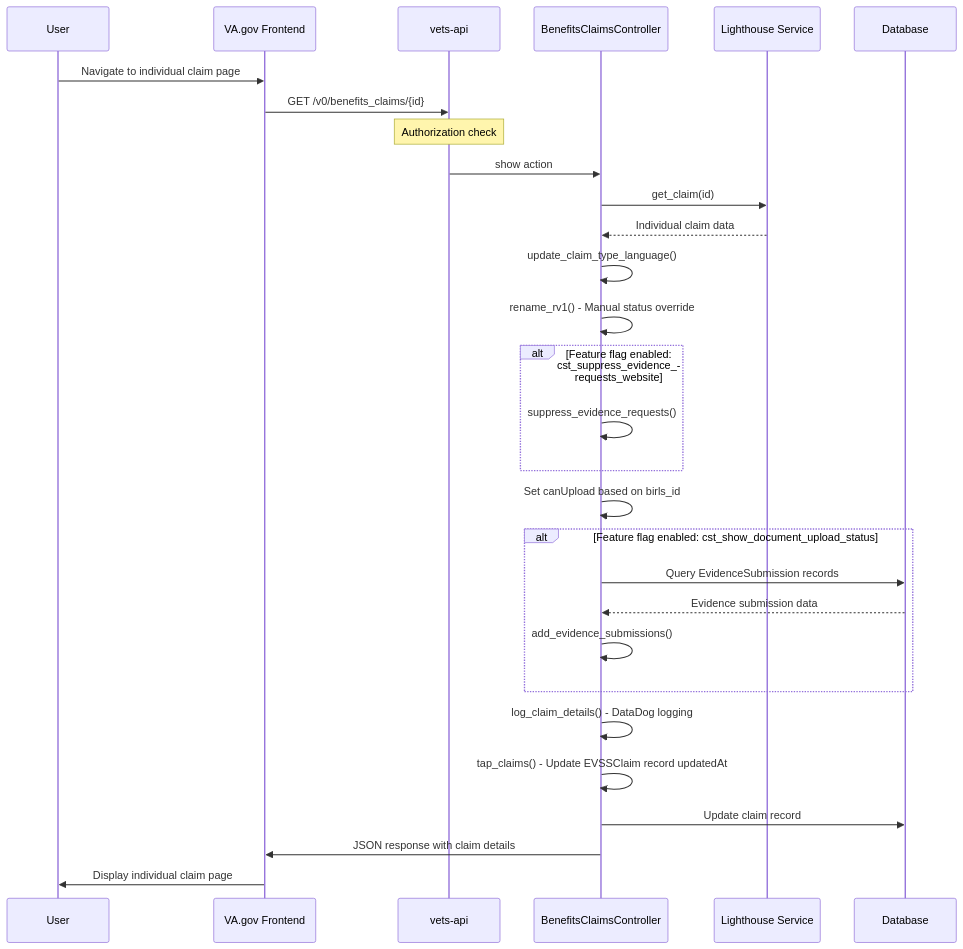
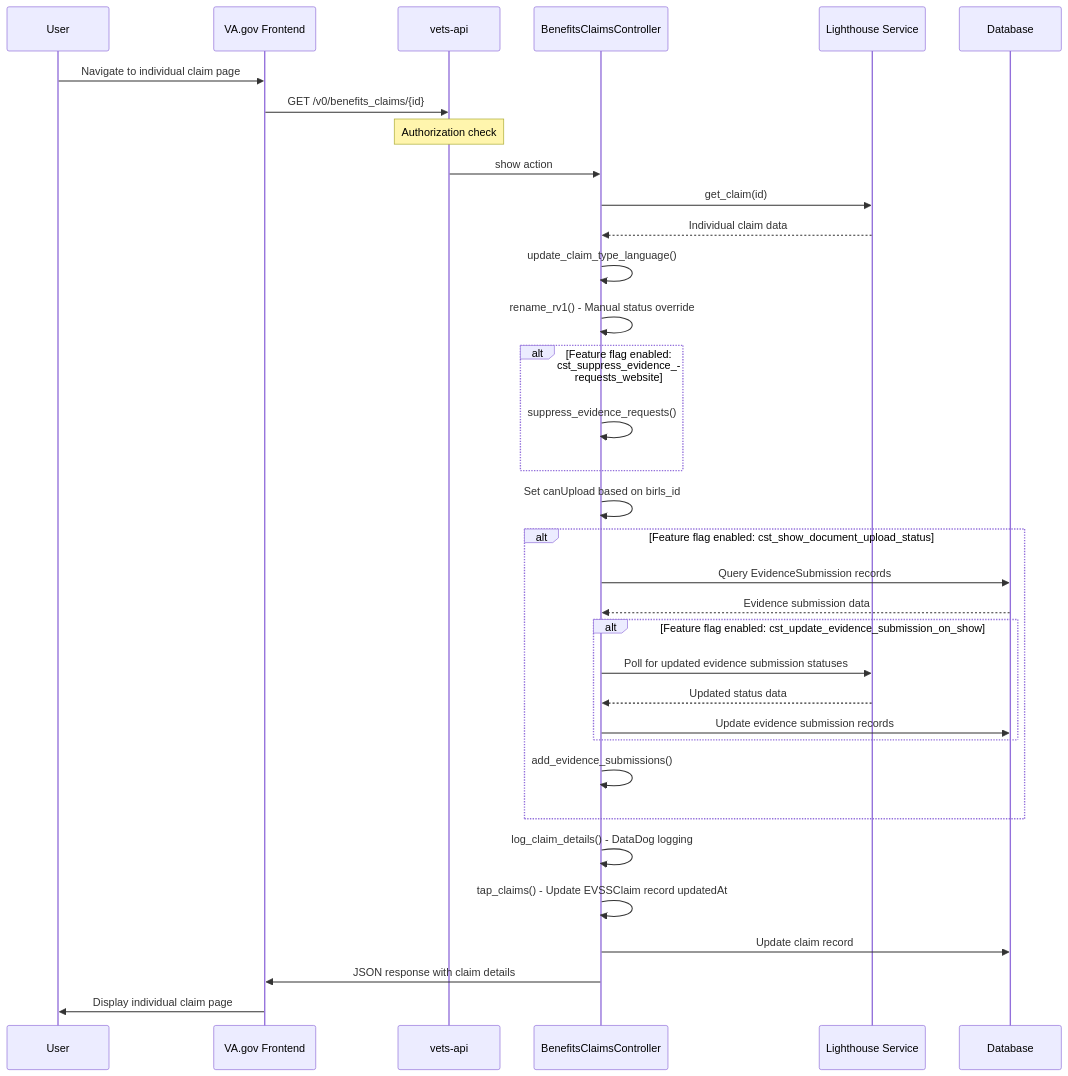
One commit to department-of-veterans-affairs/va.gov-team changed the third of 5 diagrams in products/claim-appeal-status/engineering/backend-service-architecture/benefits-claims-architecture.md. Above: the diagram before and after it, drawn with Mermaid. The commit also changed other lines of this file and 2 other files, not shown here.

Commit message:
Update the README.md for claim-appeal-status-engineering backend service architecture.

````diff
--- a/products/claim-appeal-status/engineering/backend-service-architecture/benefits-claims-architecture.md
+++ b/products/claim-appeal-status/engineering/backend-service-architecture/benefits-claims-architecture.md
@@ -56,38 +56,43 @@
 ```mermaid
 sequenceDiagram
     participant User
     participant VAGov as VA.gov Frontend
     participant VetsAPI as vets-api
     participant Controller as BenefitsClaimsController
     participant LHService as Lighthouse Service
     participant DB as Database
 
     User->>VAGov: Navigate to individual claim page
     VAGov->>VetsAPI: GET /v0/benefits_claims/{id}
     Note over VetsAPI: Authorization check
     VetsAPI->>Controller: show action
 
     Controller->>LHService: get_claim(id)
     LHService-->>Controller: Individual claim data
 
     Controller->>Controller: update_claim_type_language()
     Controller->>Controller: rename_rv1() - Manual status override
 
     alt Feature flag enabled: cst_suppress_evidence_requests_website
         Controller->>Controller: suppress_evidence_requests()
     end
 
     Controller->>Controller: Set canUpload based on birls_id
 
     alt Feature flag enabled: cst_show_document_upload_status
         Controller->>DB: Query EvidenceSubmission records
         DB-->>Controller: Evidence submission data
+        alt Feature flag enabled: cst_update_evidence_submission_on_show
+            Controller->>LHService: Poll for updated evidence submission statuses
+            LHService-->>Controller: Updated status data
+            Controller->>DB: Update evidence submission records
+        end
         Controller->>Controller: add_evidence_submissions()
     end
 
     Controller->>Controller: log_claim_details() - DataDog logging
     Controller->>Controller: tap_claims() - Update EVSSClaim record updatedAt
     Controller->>DB: Update claim record
     Controller->>VAGov: JSON response with claim details
     VAGov->>User: Display individual claim page
 ```
````
